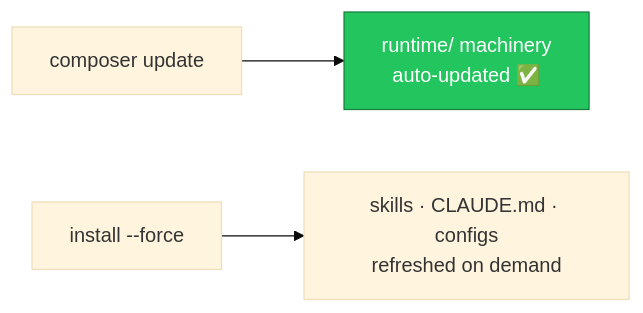
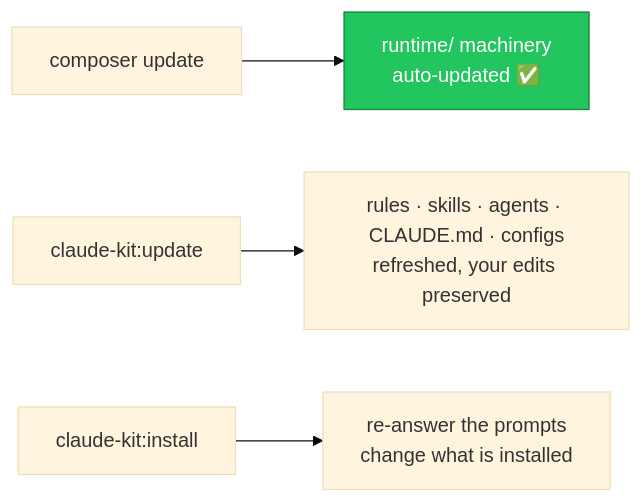
The diagram in docs/Upgrading.md (mohamed-ashraf-elsaed/claude-kit), drawn with Mermaid (base theme) before and after one commit. The commit also changed other lines of this file and 75 other files, not shown here.

````diff
--- a/docs/Upgrading.md
+++ b/docs/Upgrading.md
@@ -24,7 +34,8 @@
 ```mermaid
 flowchart LR
     U[composer update] --> R[runtime/ machinery<br/>auto-updated ✅]
-    F[install --force] --> C[skills · CLAUDE.md · configs<br/>refreshed on demand]
+    F[claude-kit:update] --> C[rules · skills · agents · CLAUDE.md · configs<br/>refreshed, your edits preserved]
+    I[claude-kit:install] --> O[re-answer the prompts<br/>change what is installed]
     classDef a fill:#22c55e,stroke:#15803d,color:#fff;
     class R a;
 ```
````
